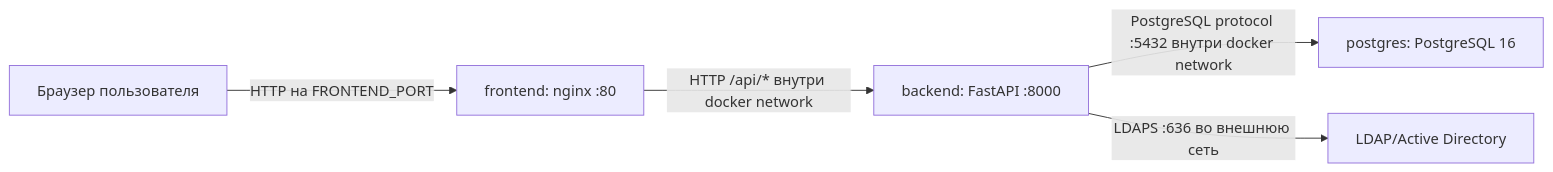
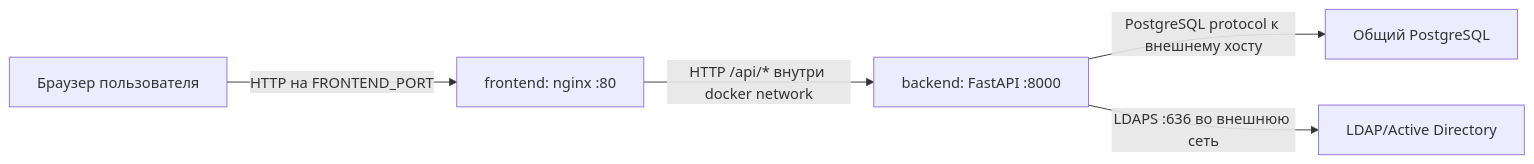
One commit to DonFilini/parking_booking_service changed the diagram in README.md. Above: the diagram before and after it, drawn with Mermaid. The commit also changed other lines of this file and 3 other files, not shown here.

Commit message:
Use shared PostgreSQL deployment

````diff
--- a/README.md
+++ b/README.md
@@ -15,7 +16,7 @@
 ```mermaid
 flowchart LR
     U["Браузер пользователя"] -->|HTTP на FRONTEND_PORT| F["frontend: nginx :80"]
     F -->|HTTP /api/* внутри docker network| B["backend: FastAPI :8000"]
-    B -->|PostgreSQL protocol :5432 внутри docker network| P["postgres: PostgreSQL 16"]
+    B -->|PostgreSQL protocol к внешнему хосту| P["Общий PostgreSQL"]
     B -->|LDAPS :636 во внешнюю сеть| L["LDAP/Active Directory"]
 ```
````
